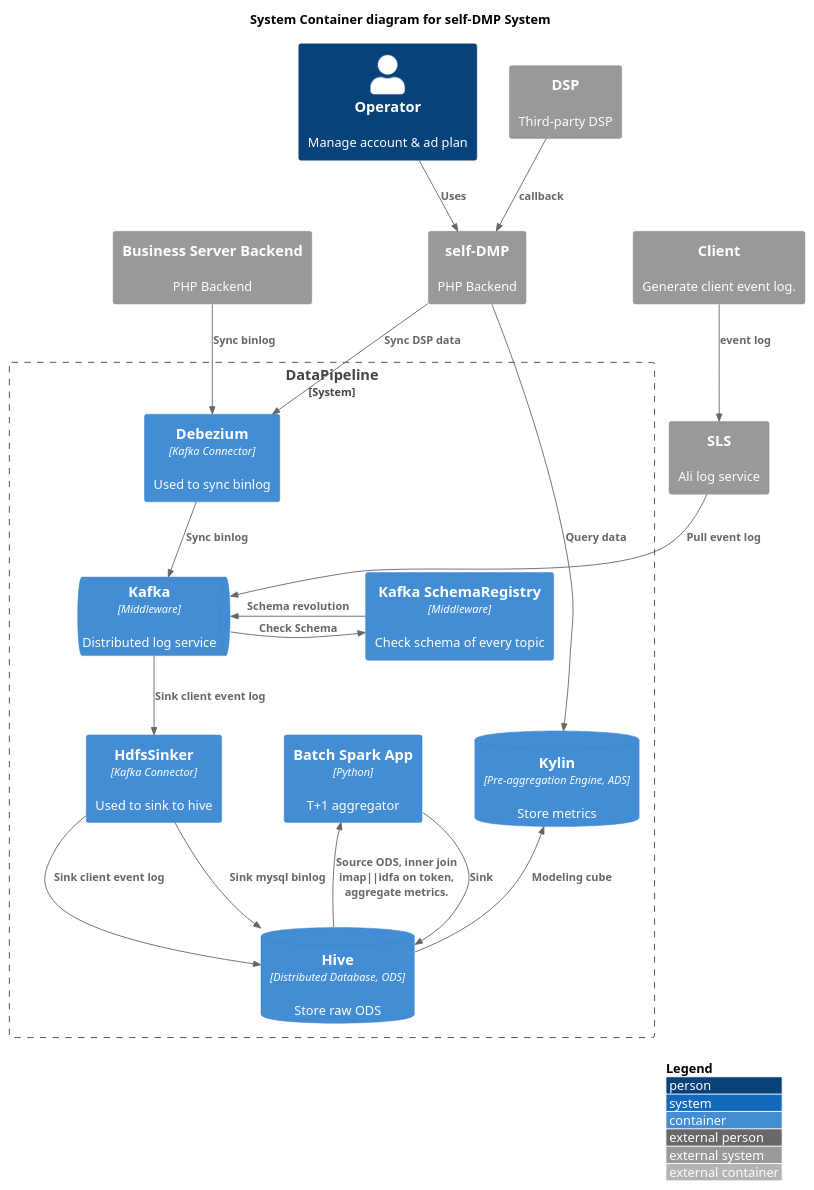
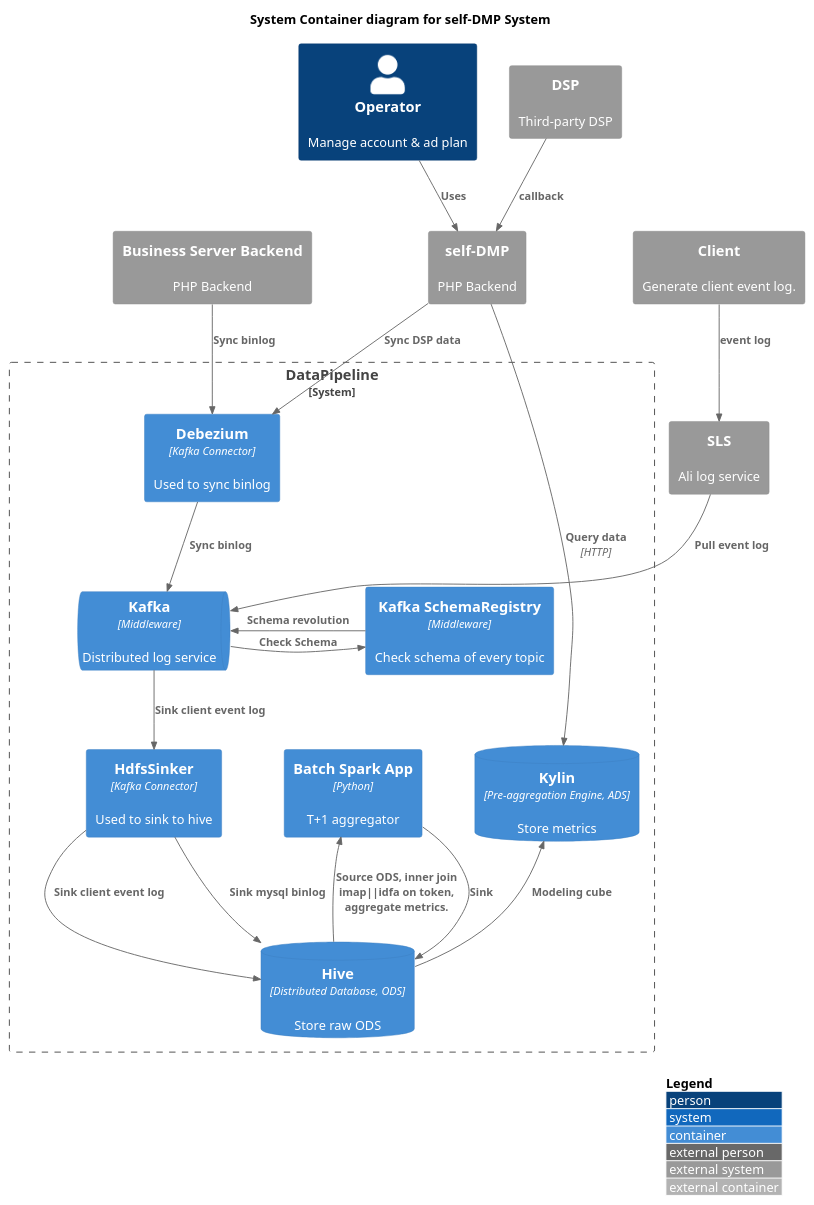
Before and after one commit to jinyuanlu/C4-PlantUML: the diagram in custom/self_ad_dmp_dp_component.org, drawn with PlantUML.

Commit message:
feat: query method

```diff
--- a/custom/self_ad_dmp_dp_component.org
+++ b/custom/self_ad_dmp_dp_component.org
@@ -1,45 +1,45 @@
 #+BEGIN_SRC plantuml :file ../img/ad_dmp_dp_component.png
 @startuml
 !include ../style/C4_Container.puml
 ' LAYOUT_TOP_DOWN()
 ' LAYOUT_AS_SKETCH()
 LAYOUT_WITH_LEGEND()
 
 title System Container diagram for self-DMP System
 
 Person(Operator, "Operator", "Manage account & ad plan")
 System_Ext(DMP, "self-DMP", "PHP Backend")
 System_Ext(Business, "Business Server Backend", "PHP Backend")
 System_Ext(Client, "Client", "Generate client event log.")
 System_Ext(SLS, "SLS", "Ali log service")
 System_Ext(DSP, "DSP", "Third-party DSP")
 
 System_Boundary(c1, "DataPipeline") {
     ContainerQueue(Kafka, "Kafka", "Middleware", "Distributed log service")
     Container(Debezium, "Debezium", "Kafka Connector", "Used to sync binlog")
     Container(HdfsSinker, "HdfsSinker", "Kafka Connector", "Used to sink to hive")
     Container(KafkaSchemaRegistry, "Kafka SchemaRegistry", "Middleware", "Check schema of every topic")
     Container(BatchSpark, "Batch Spark App", "Python", "T+1 aggregator")
     ContainerDb(Kylin, "Kylin", "Pre-aggregation Engine, ADS", "Store metrics")
     ContainerDb(Hive, "Hive", "Distributed Database, ODS", "Store raw ODS")
 }
 
 Rel(DSP, DMP, "callback")
 Rel(Operator, DMP, "Uses")
 Rel(Client, SLS, "event log")
 Rel(SLS, Kafka, "Pull event log")
 Rel(Business, Debezium, "Sync binlog")
 Rel(Debezium, Kafka, "Sync binlog")
 Rel_Neighbor(Kafka, KafkaSchemaRegistry, "Check Schema")
 Rel_Back_Neighbor(Kafka, KafkaSchemaRegistry , "Schema revolution")
 Rel(DMP, Debezium, "Sync DSP data")
 Rel(Kafka, HdfsSinker, "Sink client event log")
 Rel(HdfsSinker, Hive, "Sink client event log")
 Rel(HdfsSinker, Hive, "Sink mysql binlog")
 Rel_Back(BatchSpark, Hive, "Source ODS, inner join imap||idfa on token, aggregate metrics.")
 Rel(BatchSpark, Hive, "Sink")
 
 Rel_Back(Kylin, Hive, "Modeling cube")
-Rel(DMP, Kylin, "Query data")
+Rel(DMP, Kylin, "Query data", "HTTP")
 
 #+END_SRC
```
